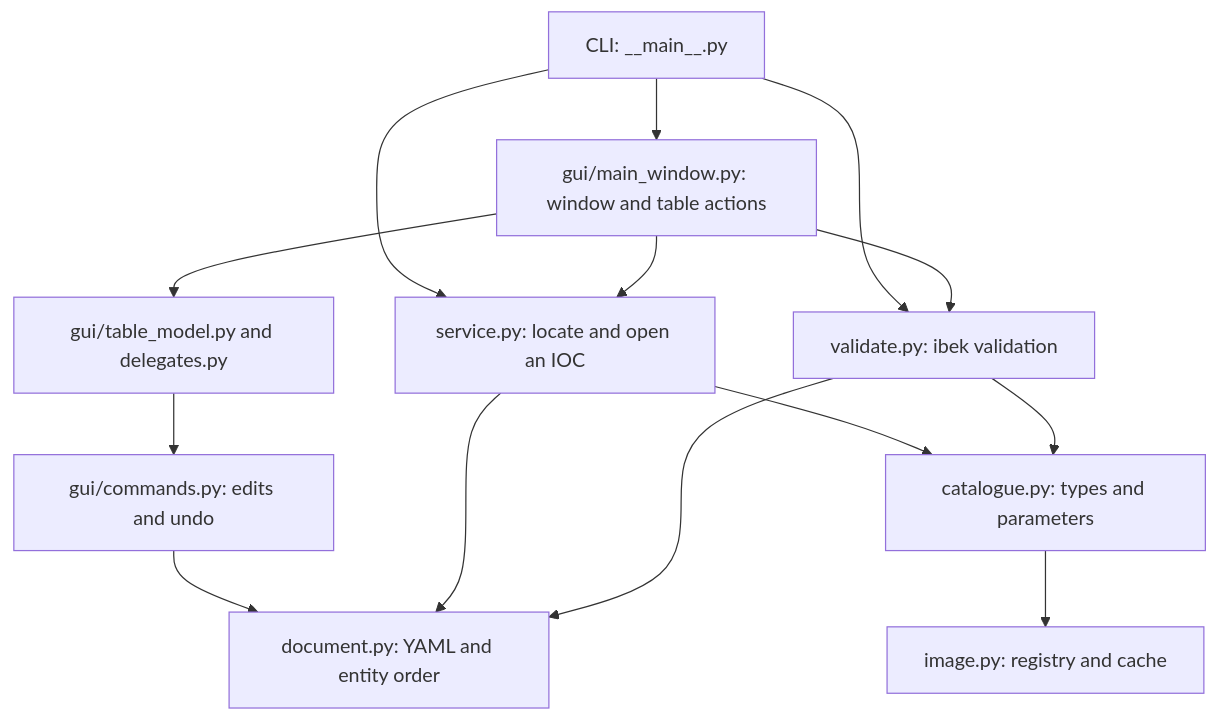
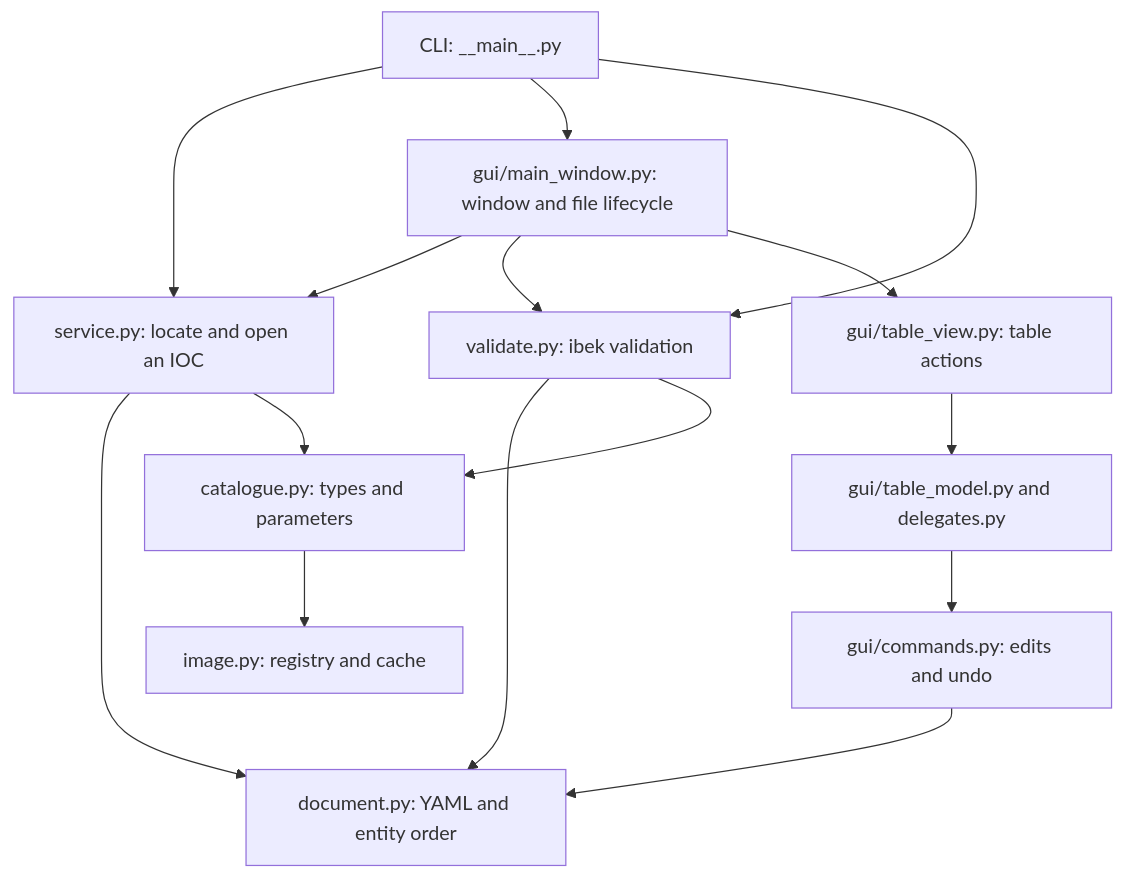
The first of 3 diagrams in docs/architecture.md (DiamondLightSource/dls-ibek-yaml-editor), drawn with Mermaid before and after one commit. The commit also changed other lines of this file and 2 other files, not shown here.

````diff
--- a/docs/architecture.md
+++ b/docs/architecture.md
@@ -9,16 +9,17 @@
 ```mermaid
 flowchart TD
     CLI["CLI: __main__.py"] --> Service["service.py: locate and open an IOC"]
-    CLI --> Window["gui/main_window.py: window and table actions"]
+    CLI --> Window["gui/main_window.py: window and file lifecycle"]
     CLI --> Validation["validate.py: ibek validation"]
     Window --> Service
     Window --> Validation
-    Window --> Table["gui/table_model.py and delegates.py"]
+    Window --> View["gui/table_view.py: table actions"]
+    View --> Table["gui/table_model.py and delegates.py"]
     Table --> Commands["gui/commands.py: edits and undo"]
     Commands --> Document["document.py: YAML and entity order"]
     Service --> Document
     Service --> Catalogue["catalogue.py: types and parameters"]
     Catalogue --> Image["image.py: registry and cache"]
     Validation --> Document
     Validation --> Catalogue
 ```
````
